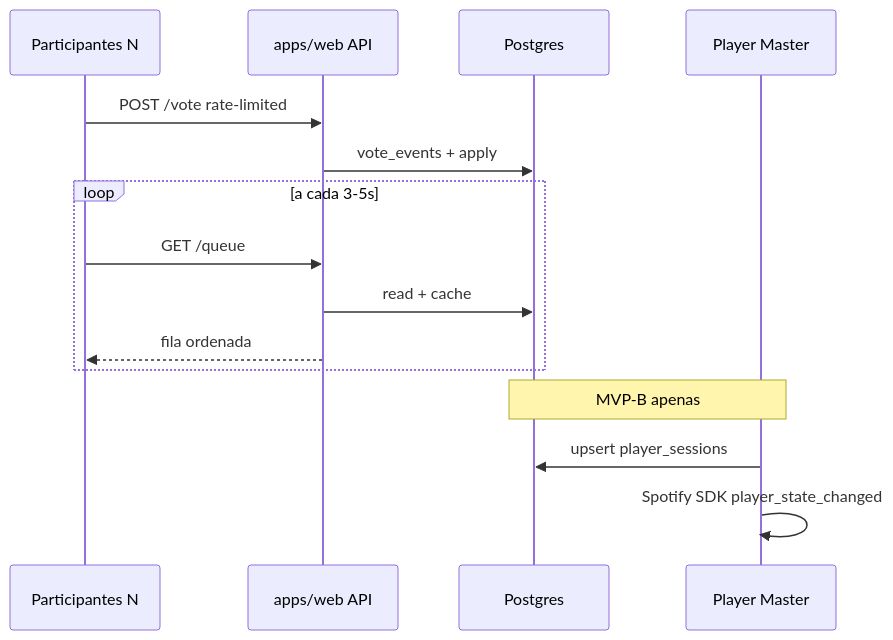
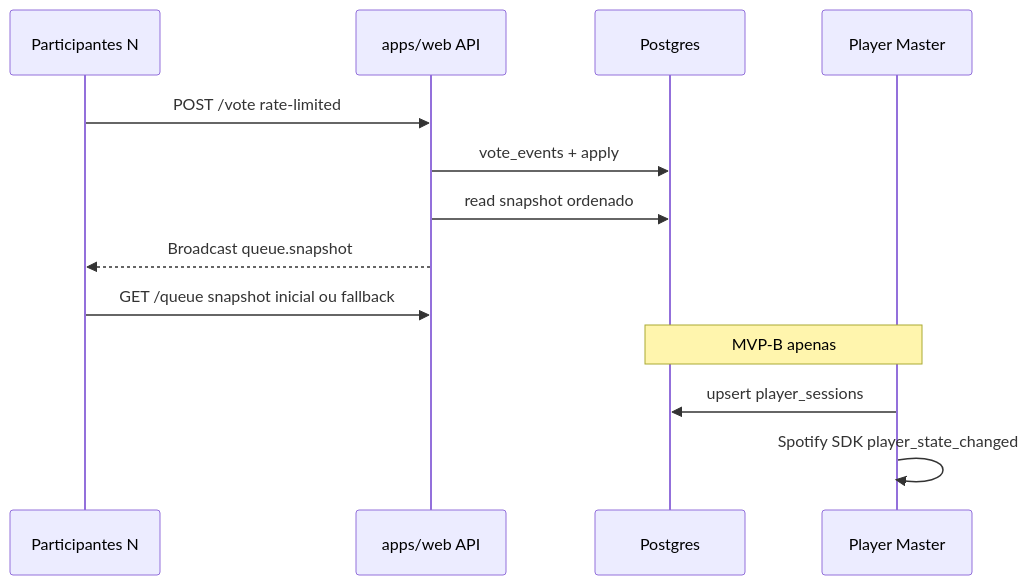
One commit to LucasArgate/muziks changed the third of 3 diagrams in docs/ARQUITETURA.md. Above: the diagram before and after it, drawn with Mermaid. The commit also changed other lines of this file and 27 other files, not shown here.

````diff
--- a/docs/ARQUITETURA.md
+++ b/docs/ARQUITETURA.md
@@ -199,18 +199,16 @@
 ```mermaid
 sequenceDiagram
   participant P as Participantes N
   participant API as apps/web API
   participant DB as Postgres
   participant M as Player Master
 
   P->>API: POST /vote rate-limited
   API->>DB: vote_events + apply
-  loop a cada 3-5s
-    P->>API: GET /queue
-    API->>DB: read + cache
-    API-->>P: fila ordenada
-  end
+  API->>DB: read snapshot ordenado
+  API-->>P: Broadcast queue.snapshot
+  P->>API: GET /queue snapshot inicial ou fallback
   Note over M,DB: MVP-B apenas
   M->>DB: upsert player_sessions
   M->>M: Spotify SDK player_state_changed
 ```
````
